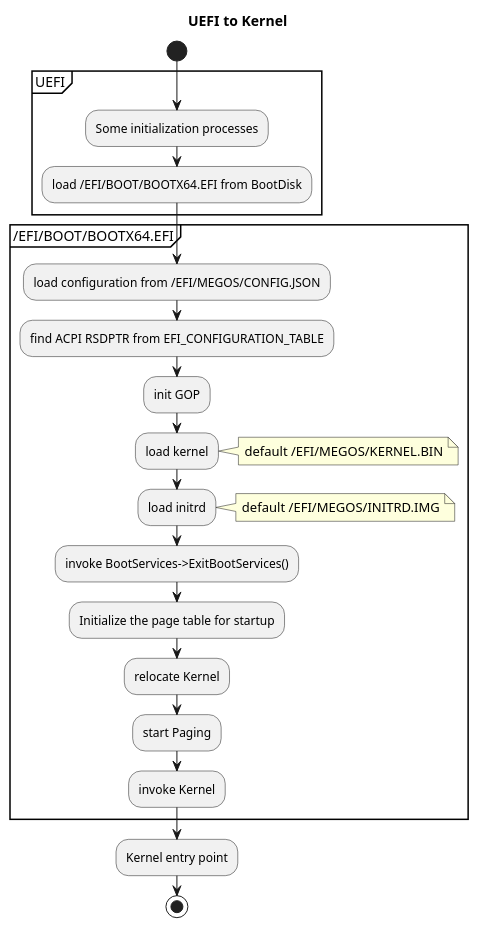
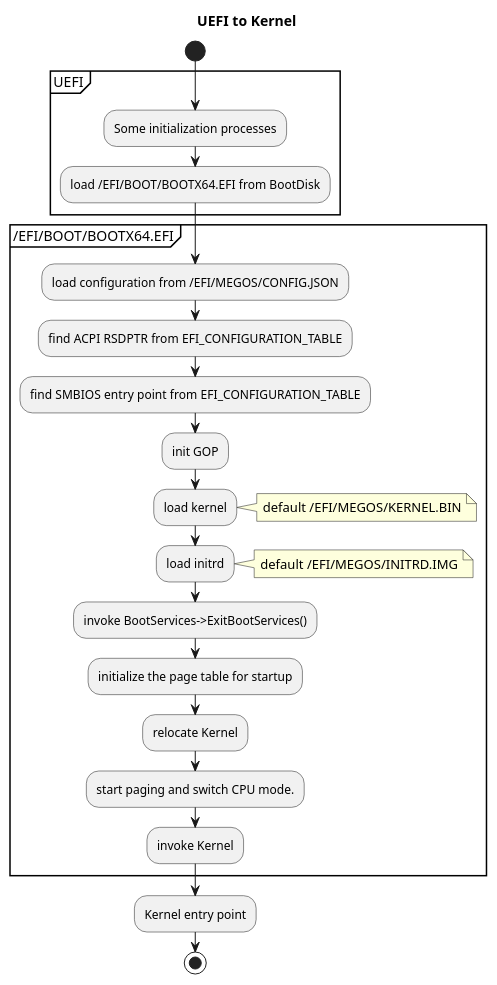
Before and after one commit to neri/maystorm: the first of 2 diagrams in ARCHITECTURE.md, drawn with PlantUML. The commit also changed 24 other files, not shown here.

````diff
--- a/ARCHITECTURE.md
+++ b/ARCHITECTURE.md
@@ -58,33 +58,34 @@
 ``` plantuml
 @startuml
 title UEFI to Kernel
 start
 
 partition UEFI {
     :Some initialization processes;
     :load /EFI/BOOT/BOOTX64.EFI from BootDisk;
 }
 
 partition /EFI/BOOT/BOOTX64.EFI {
     :load configuration from /EFI/MEGOS/CONFIG.JSON;
     :find ACPI RSDPTR from EFI_CONFIGURATION_TABLE;
+    :find SMBIOS entry point from EFI_CONFIGURATION_TABLE;
     :init GOP;
     :load kernel;
     note right
         default /EFI/MEGOS/KERNEL.BIN
     end note
     :load initrd;
     note right
         default /EFI/MEGOS/INITRD.IMG
     end note
     :invoke BootServices->ExitBootServices();
-    :Initialize the page table for startup;
+    :initialize the page table for startup;
     :relocate Kernel;
-    :start Paging;
+    :start paging and switch CPU mode.;
     :invoke Kernel;
 }
 :Kernel entry point;
 stop
 
 @enduml
 ```
````
